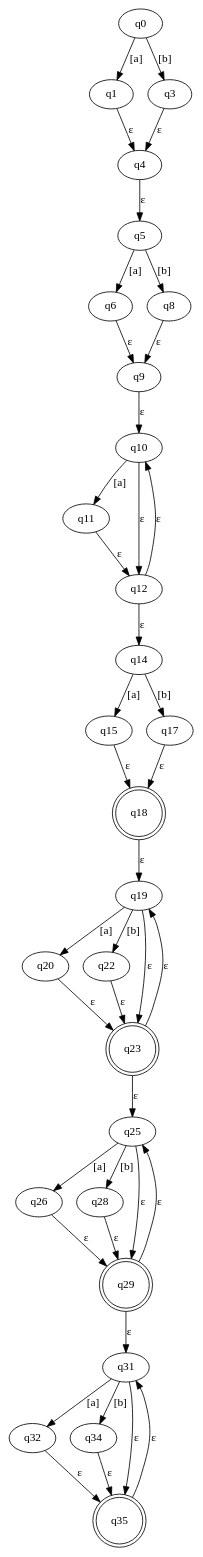
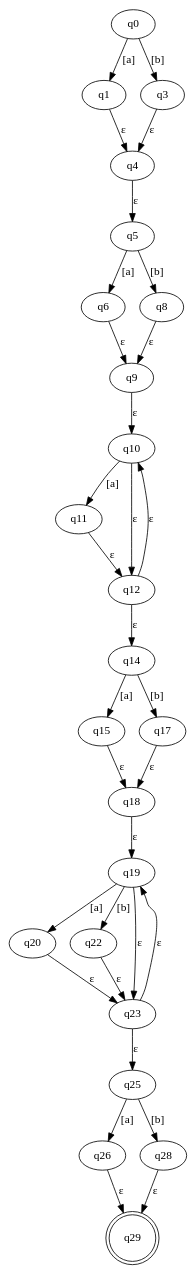
Before and after one commit to bas200o/formele-methoden: the diagram in graph.dot, drawn with Graphviz. The commit also changed 1 other file, not shown here.

```diff
--- a/graph.dot
+++ b/graph.dot
@@ -1,69 +1,56 @@
 digraph ndfa {
 IDq0 [label="q0"];
 IDq1 [label="q1"];
 IDq3 [label="q3"];
 IDq4 [label="q4"];
 IDq5 [label="q5"];
 IDq6 [label="q6"];
 IDq8 [label="q8"];
 IDq9 [label="q9"];
 IDq10 [label="q10"];
 IDq11 [label="q11"];
 IDq12 [label="q12"];
 IDq14 [label="q14"];
 IDq15 [label="q15"];
 IDq17 [label="q17"];
-IDq18 [shape = doublecircle] [label="q18"];
+IDq18 [label="q18"];
 IDq19 [label="q19"];
 IDq20 [label="q20"];
 IDq22 [label="q22"];
-IDq23 [shape = doublecircle] [label="q23"];
+IDq23 [label="q23"];
 IDq25 [label="q25"];
 IDq26 [label="q26"];
 IDq28 [label="q28"];
 IDq29 [shape = doublecircle] [label="q29"];
-IDq31 [label="q31"];
-IDq32 [label="q32"];
-IDq34 [label="q34"];
-IDq35 [shape = doublecircle] [label="q35"];
 IDq0 -> IDq1 [label="[a]"];
 IDq0 -> IDq3 [label="[b]"];
 IDq1 -> IDq4 [label="ε"];
 IDq3 -> IDq4 [label="ε"];
 IDq4 -> IDq5 [label="ε"];
 IDq5 -> IDq6 [label="[a]"];
 IDq5 -> IDq8 [label="[b]"];
 IDq6 -> IDq9 [label="ε"];
 IDq8 -> IDq9 [label="ε"];
 IDq9 -> IDq10 [label="ε"];
 IDq10 -> IDq11 [label="[a]"];
 IDq10 -> IDq12 [label="ε"];
 IDq11 -> IDq12 [label="ε"];
 IDq12 -> IDq10 [label="ε"];
 IDq12 -> IDq14 [label="ε"];
 IDq14 -> IDq15 [label="[a]"];
 IDq14 -> IDq17 [label="[b]"];
 IDq15 -> IDq18 [label="ε"];
 IDq17 -> IDq18 [label="ε"];
 IDq18 -> IDq19 [label="ε"];
 IDq19 -> IDq20 [label="[a]"];
 IDq19 -> IDq22 [label="[b]"];
 IDq19 -> IDq23 [label="ε"];
 IDq20 -> IDq23 [label="ε"];
 IDq22 -> IDq23 [label="ε"];
 IDq23 -> IDq19 [label="ε"];
 IDq23 -> IDq25 [label="ε"];
 IDq25 -> IDq26 [label="[a]"];
 IDq25 -> IDq28 [label="[b]"];
-IDq25 -> IDq29 [label="ε"];
 IDq26 -> IDq29 [label="ε"];
 IDq28 -> IDq29 [label="ε"];
-IDq29 -> IDq25 [label="ε"];
-IDq29 -> IDq31 [label="ε"];
-IDq31 -> IDq32 [label="[a]"];
-IDq31 -> IDq34 [label="[b]"];
-IDq31 -> IDq35 [label="ε"];
-IDq32 -> IDq35 [label="ε"];
-IDq34 -> IDq35 [label="ε"];
-IDq35 -> IDq31 [label="ε"];
 }
```
